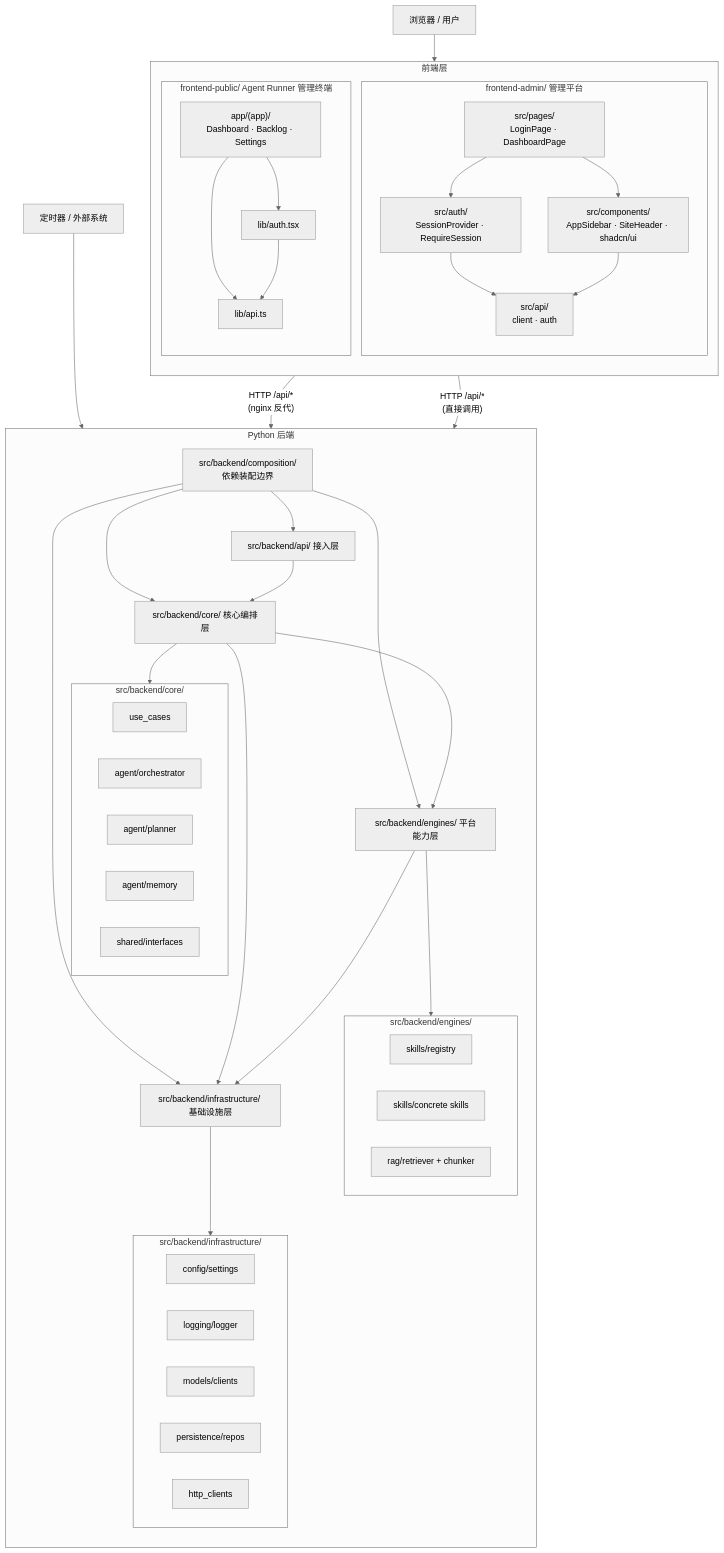
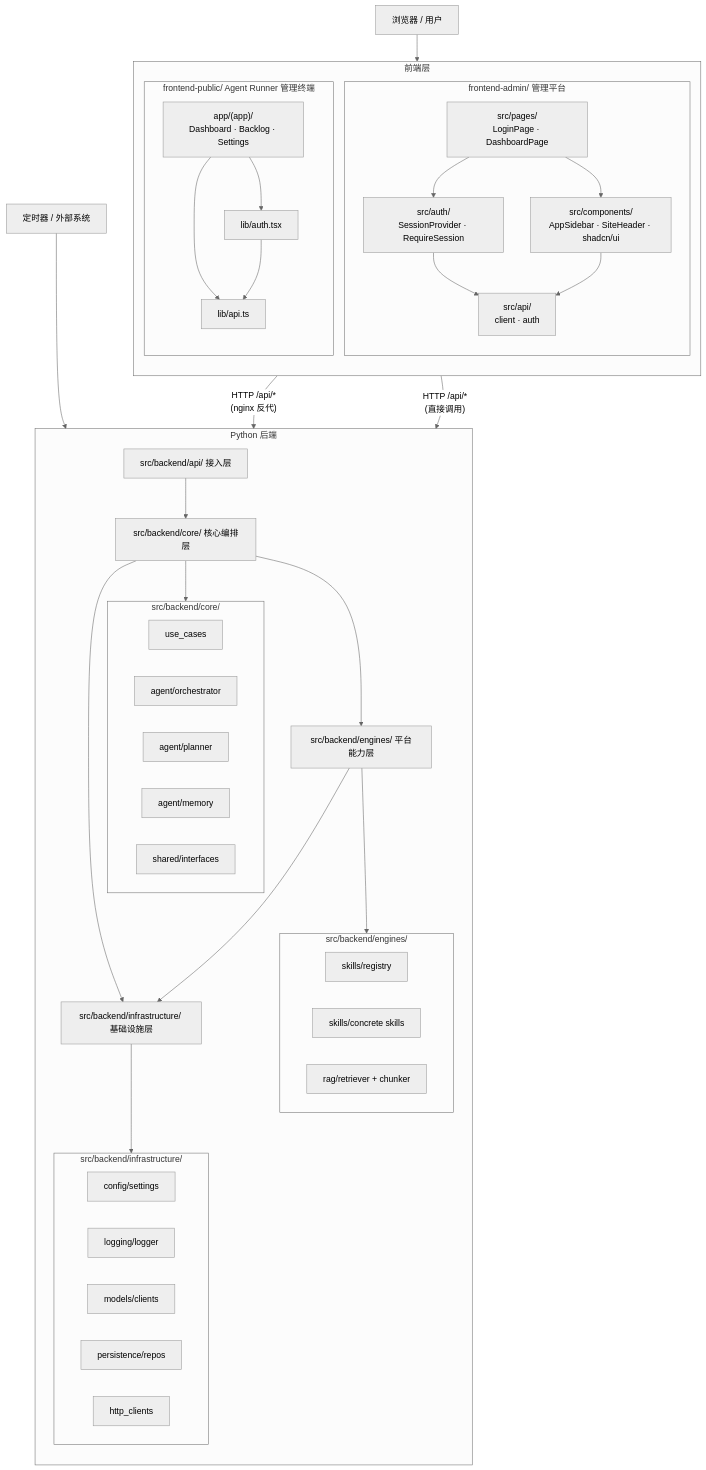
One commit to ZataZhang/keda changed the diagram in docs/architecture/system-design.md. Above: the diagram before and after it, drawn with Mermaid (neutral theme). The commit also changed other lines of this file and 60 other files, not shown here.

````diff
--- a/docs/architecture/system-design.md
+++ b/docs/architecture/system-design.md
@@ -55,76 +54,71 @@
 ```mermaid
 flowchart TD
     Browser["浏览器 / 用户"] --> FE
 
     subgraph FE["前端层"]
         direction TB
         subgraph FE_ADMIN["frontend-admin/ 管理平台"]
             FE_ADMIN_PAGES["src/pages/\nLoginPage · DashboardPage"]
             FE_ADMIN_LAYOUT["src/components/\nAppSidebar · SiteHeader · shadcn/ui"]
             FE_ADMIN_AUTH["src/auth/\nSessionProvider · RequireSession"]
             FE_ADMIN_API["src/api/\nclient · auth"]
             FE_ADMIN_PAGES --> FE_ADMIN_LAYOUT
             FE_ADMIN_PAGES --> FE_ADMIN_AUTH
             FE_ADMIN_AUTH --> FE_ADMIN_API
             FE_ADMIN_LAYOUT --> FE_ADMIN_API
         end
 
         subgraph FE_PUBLIC["frontend-public/ Agent Runner 管理终端"]
             FE_PUBLIC_APP["app/(app)/\nDashboard · Backlog · Settings"]
             FE_PUBLIC_AUTH["lib/auth.tsx"]
             FE_PUBLIC_API["lib/api.ts"]
             FE_PUBLIC_APP --> FE_PUBLIC_AUTH
             FE_PUBLIC_APP --> FE_PUBLIC_API
             FE_PUBLIC_AUTH --> FE_PUBLIC_API
         end
     end
 
     FE_ADMIN_API -->|"HTTP /api/*\n(nginx 反代)"| Apps
     FE_PUBLIC_API -->|"HTTP /api/*\n(直接调用)"| Apps
 
     subgraph Backend["Python 后端"]
         direction TB
-        Composition["src/backend/composition/\n依赖装配边界"]
         Apps["src/backend/api/ 接入层"]
         Core["src/backend/core/ 核心编排层"]
         Platform["src/backend/engines/ 平台能力层"]
         Infra["src/backend/infrastructure/ 基础设施层"]
 
-        Composition --> Apps
-        Composition --> Core
-        Composition --> Platform
-        Composition --> Infra
         Apps --> Core
         Core --> Platform
         Core --> Infra
         Platform --> Infra
 
         subgraph CoreDetails["src/backend/core/"]
             UC["use_cases"]
             ORCH["agent/orchestrator"]
             PLAN["agent/planner"]
             MEM["agent/memory"]
             IFACE["shared/interfaces"]
         end
 
         subgraph PlatformDetails["src/backend/engines/"]
             REG["skills/registry"]
             SKILL["skills/concrete skills"]
             RAG["rag/retriever + chunker"]
         end
 
         subgraph InfraDetails["src/backend/infrastructure/"]
             CFG["config/settings"]
             LOG["logging/logger"]
             LLM["models/clients"]
             DB["persistence/repos"]
             HTTP["http_clients"]
         end
 
         Core --> CoreDetails
         Platform --> PlatformDetails
         Infra --> InfraDetails
     end
 
     Timer["定时器 / 外部系统"] --> Apps
 ```
````
